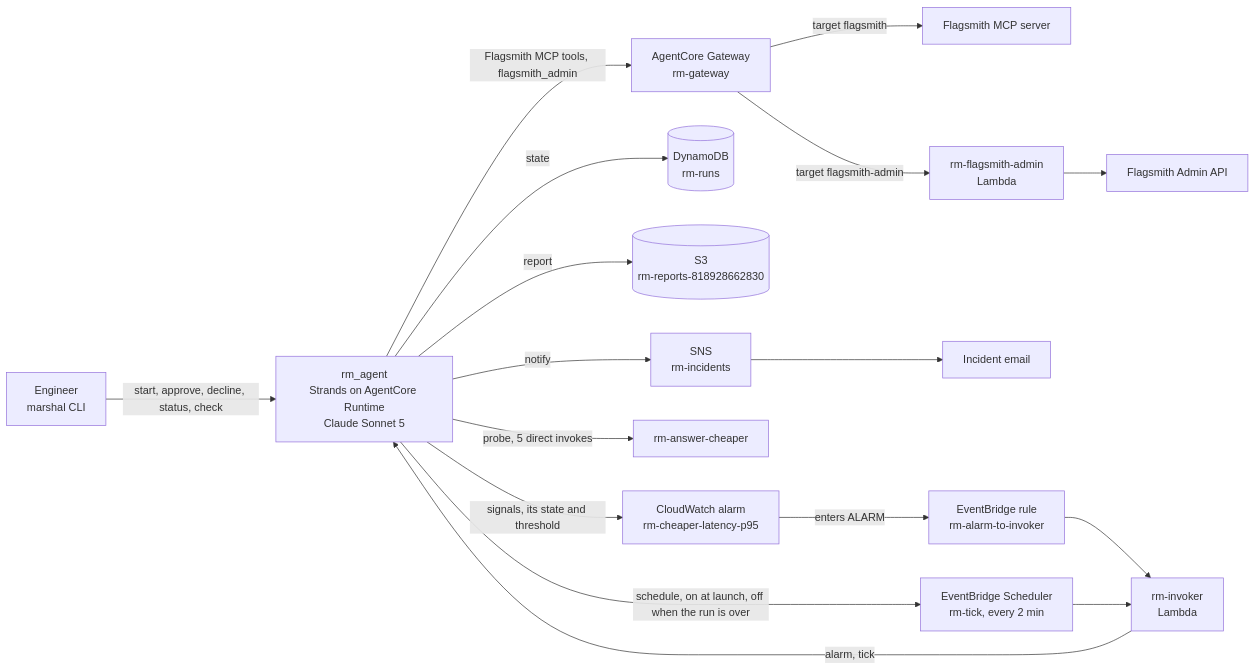
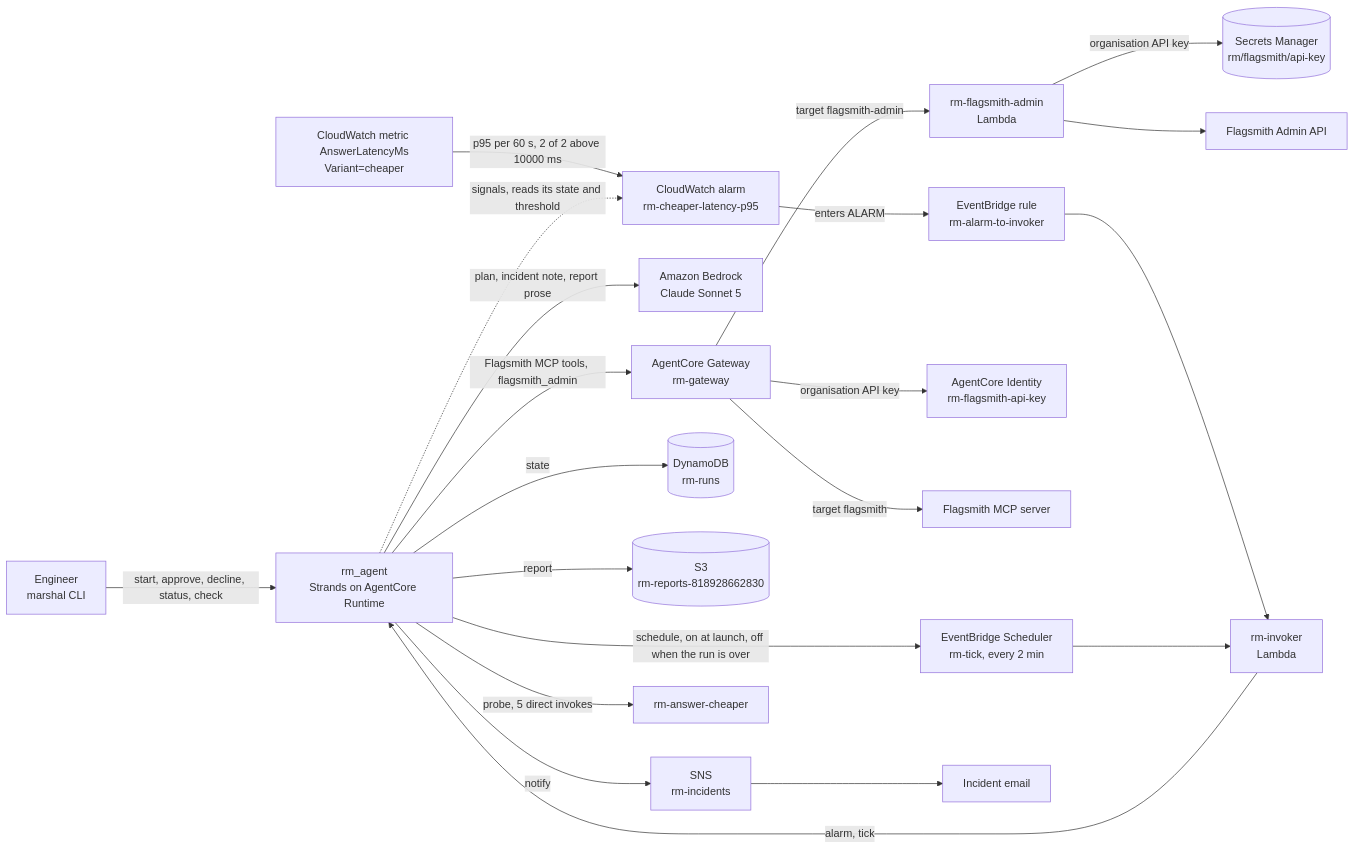
The third of 4 diagrams in README.md (abebars/rollout-marshal), drawn with Mermaid before and after one commit. The commit also changed other lines of this file, not shown here.

````diff
--- a/README.md
+++ b/README.md
@@ -291,18 +281,22 @@
 ```mermaid
 flowchart LR
-  eng["Engineer<br/>marshal CLI"] -->|"start, approve, decline, status, check"| agent["rm_agent<br/>Strands on AgentCore Runtime<br/>Claude Sonnet 5"]
-  alarm["CloudWatch alarm<br/>rm-cheaper-latency-p95"] -->|"enters ALARM"| rule["EventBridge rule<br/>rm-alarm-to-invoker"]
+  eng["Engineer<br/>marshal CLI"] -->|"start, approve, decline, status, check"| agent["rm_agent<br/>Strands on AgentCore Runtime"]
+  latency["CloudWatch metric AnswerLatencyMs<br/>Variant=cheaper"] -->|"p95 per 60 s, 2 of 2 above 10000 ms"| alarm["CloudWatch alarm<br/>rm-cheaper-latency-p95"]
+  alarm -->|"enters ALARM"| rule["EventBridge rule<br/>rm-alarm-to-invoker"]
   rule --> invoker["rm-invoker<br/>Lambda"]
   tick["EventBridge Scheduler<br/>rm-tick, every 2 min"] --> invoker
   invoker -->|"alarm, tick"| agent
+  agent -->|"plan, incident note, report prose"| model["Amazon Bedrock<br/>Claude Sonnet 5"]
   agent -->|"Flagsmith MCP tools, flagsmith_admin"| gateway["AgentCore Gateway<br/>rm-gateway"]
+  gateway -->|"organisation API key"| identity["AgentCore Identity<br/>rm-flagsmith-api-key"]
   gateway -->|"target flagsmith"| mcp["Flagsmith MCP server"]
   gateway -->|"target flagsmith-admin"| admin["rm-flagsmith-admin<br/>Lambda"]
+  admin -->|"organisation API key"| orgkey[("Secrets Manager<br/>rm/flagsmith/api-key")]
   admin --> adminapi["Flagsmith Admin API"]
   agent -->|"state"| runs[("DynamoDB<br/>rm-runs")]
   agent -->|"report"| reports[("S3<br/>rm-reports-818928662830")]
   agent -->|"notify"| sns["SNS<br/>rm-incidents"] --> mail["Incident email"]
   agent -->|"probe, 5 direct invokes"| probe["rm-answer-cheaper"]
-  agent -->|"signals, its state and threshold"| alarm
+  agent -.->|"signals, reads its state and threshold"| alarm
   agent -->|"schedule, on at launch, off when the run is over"| tick
 ```
````
